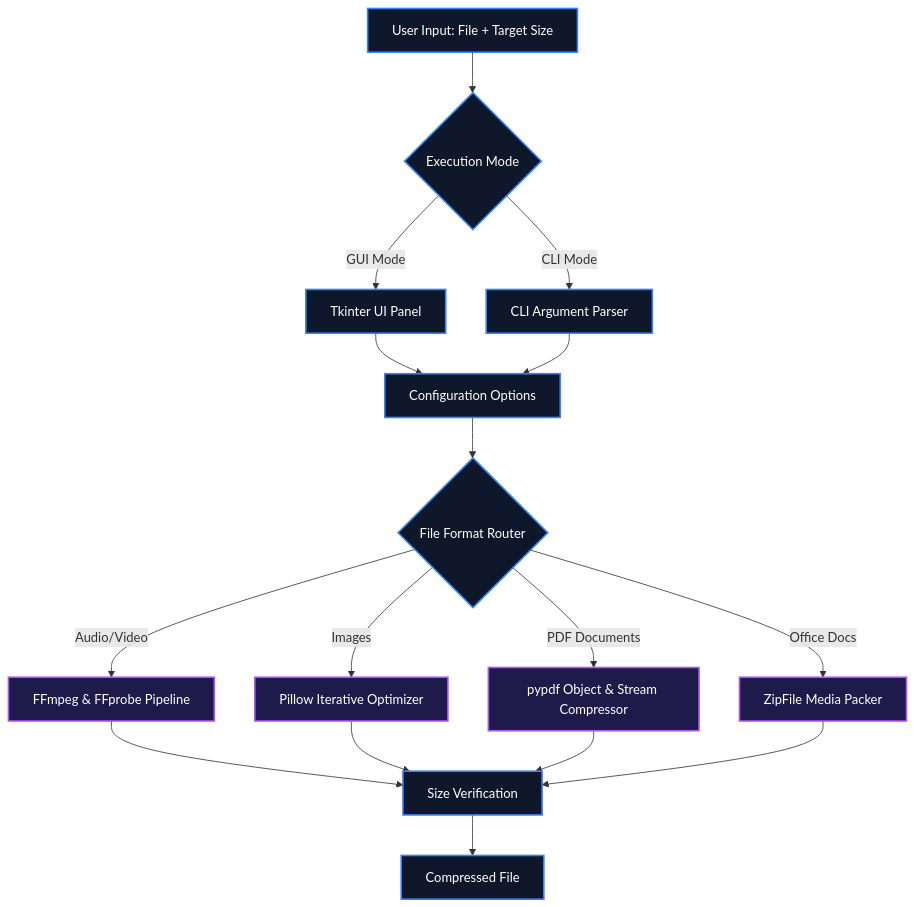
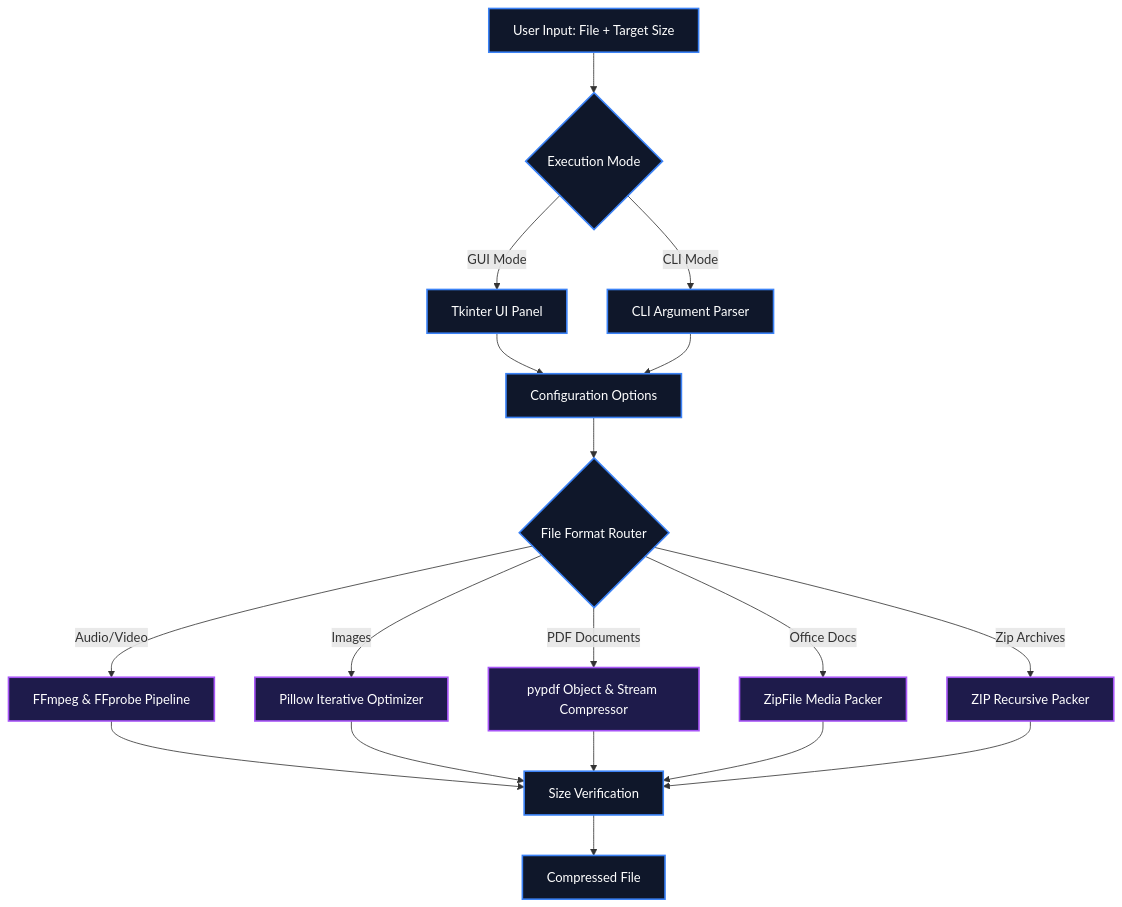
The diagram in README.md (IamOumarIbrahim/Compress), drawn with Mermaid before and after one commit. The commit also changed other lines of this file, not shown here.

````diff
--- a/README.md
+++ b/README.md
@@ -47,25 +49,27 @@
 ```mermaid
 graph TD
     User["User Input: File + Target Size"] --> ModeSelect{Execution Mode}
     ModeSelect -->|GUI Mode| Tkinter[Tkinter UI Panel]
     ModeSelect -->|CLI Mode| Parser[CLI Argument Parser]
     Tkinter --> Config[Configuration Options]
     Parser --> Config
     Config --> Router{File Format Router}
     
     Router -->|Audio/Video| FFmpeg["FFmpeg & FFprobe Pipeline"]
     Router -->|Images| Pillow["Pillow Iterative Optimizer"]
     Router -->|PDF Documents| PyPDF["pypdf Object & Stream Compressor"]
     Router -->|Office Docs| ZipFile["ZipFile Media Packer"]
+    Router -->|Zip Archives| ZipPack["ZIP Recursive Packer"]
     
     FFmpeg --> Verify[Size Verification]
     Pillow --> Verify
     PyPDF --> Verify
     ZipFile --> Verify
+    ZipPack --> Verify
     
     Verify --> Output[Compressed File]
     
     classDef default fill:#0f172a,stroke:#3b82f6,stroke-width:2px,color:#fff;
     classDef process fill:#1e1b4b,stroke:#a855f7,stroke-width:2px,color:#fff;
-    class FFmpeg,Pillow,PyPDF,ZipFile process;
+    class FFmpeg,Pillow,PyPDF,ZipFile,ZipPack process;
 ```
````
